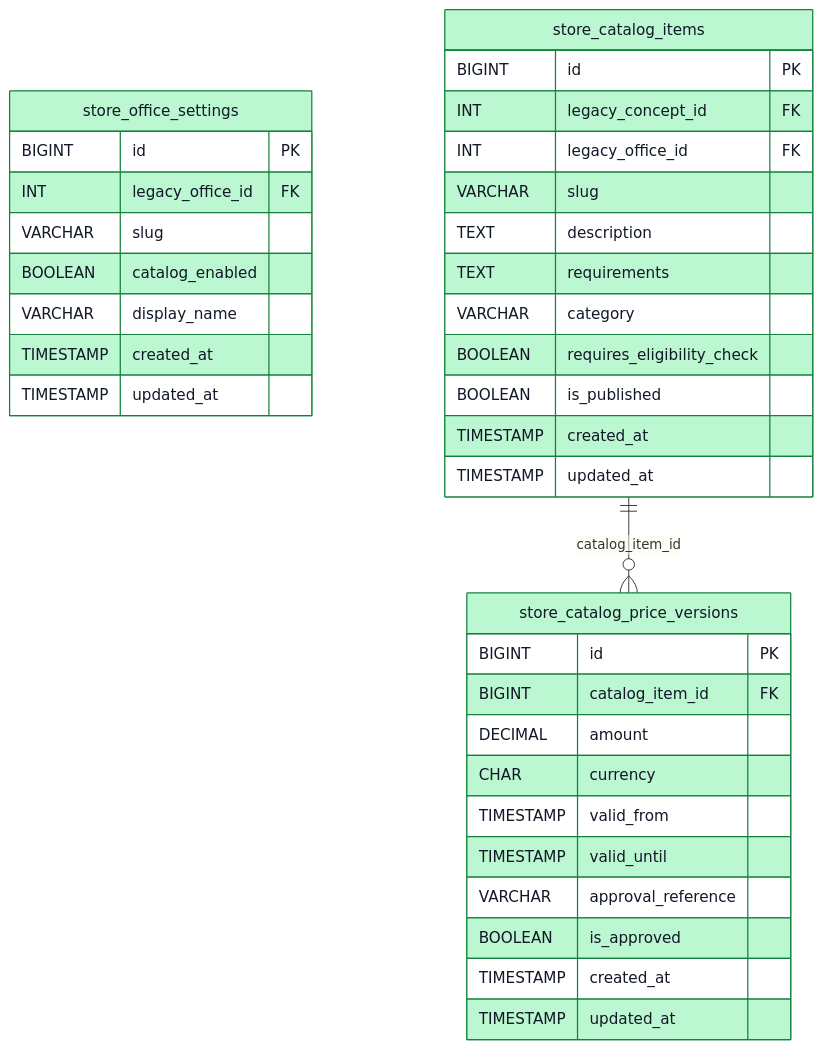
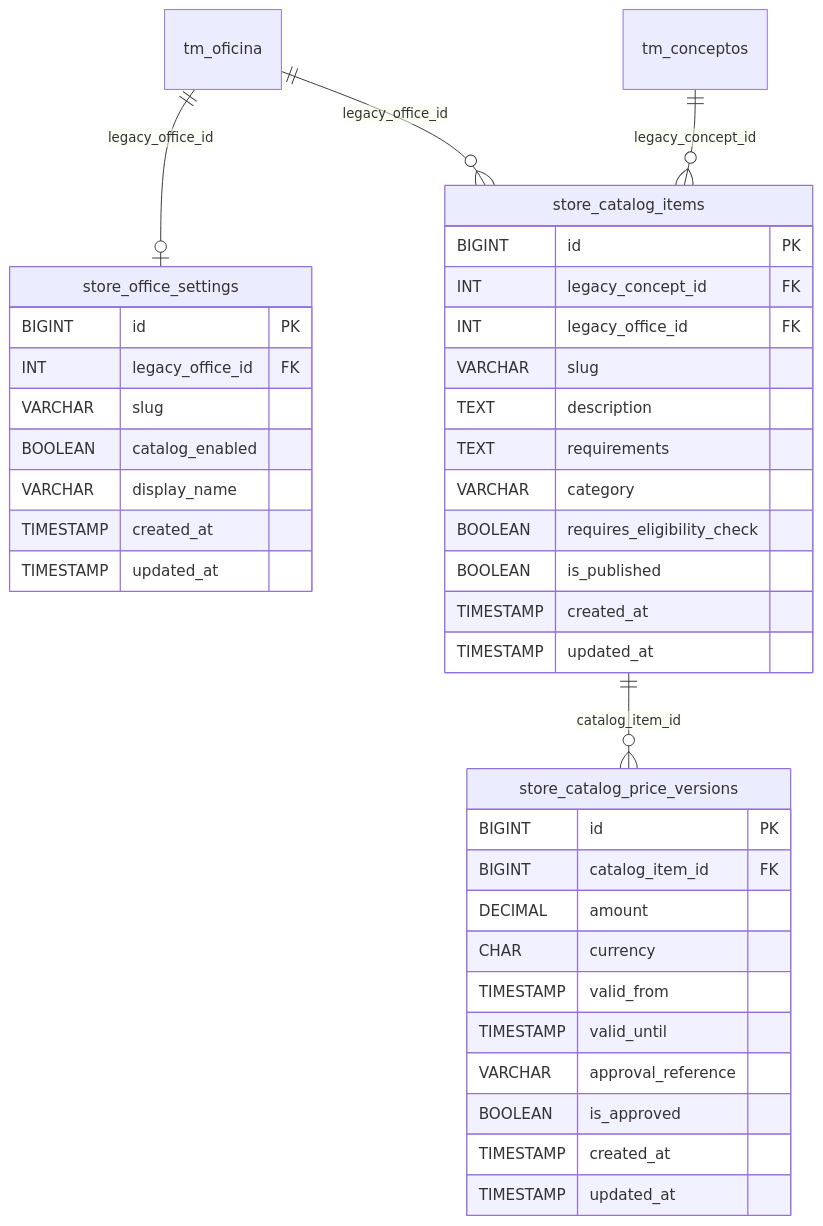
One commit to JIMMY1012102/UNDC-Pagos-Posgrado changed the diagram in docs/modelo-datos/catalogo.md. Above: the diagram before and after it, drawn with Mermaid. The commit also changed other lines of this file, not shown here.

Commit message:
docs(db): completar FK externas y cardinalidades de catalogo

````diff
--- a/docs/modelo-datos/catalogo.md
+++ b/docs/modelo-datos/catalogo.md
@@ -3,41 +3,41 @@
 ```mermaid
 erDiagram
   store_office_settings {
 BIGINT id PK
 INT legacy_office_id FK
 VARCHAR slug
 BOOLEAN catalog_enabled
 VARCHAR display_name
 TIMESTAMP created_at
 TIMESTAMP updated_at
   }
   store_catalog_items {
 BIGINT id PK
 INT legacy_concept_id FK
 INT legacy_office_id FK
 VARCHAR slug
 TEXT description
 TEXT requirements
 VARCHAR category
 BOOLEAN requires_eligibility_check
 BOOLEAN is_published
 TIMESTAMP created_at
 TIMESTAMP updated_at
   }
   store_catalog_price_versions {
 BIGINT id PK
 BIGINT catalog_item_id FK
 DECIMAL amount
 CHAR currency
 TIMESTAMP valid_from
 TIMESTAMP valid_until
 VARCHAR approval_reference
 BOOLEAN is_approved
 TIMESTAMP created_at
 TIMESTAMP updated_at
   }
+  tm_oficina ||--o| store_office_settings : "legacy_office_id"
+  tm_oficina ||--o{ store_catalog_items : "legacy_office_id"
+  tm_conceptos ||--o{ store_catalog_items : "legacy_concept_id"
   store_catalog_items ||--o{ store_catalog_price_versions : "catalog_item_id"
-  style store_office_settings fill:#BBF7D0,stroke:#15803D,color:#111827
-  style store_catalog_items fill:#BBF7D0,stroke:#15803D,color:#111827
-  style store_catalog_price_versions fill:#BBF7D0,stroke:#15803D,color:#111827
 ```
````
